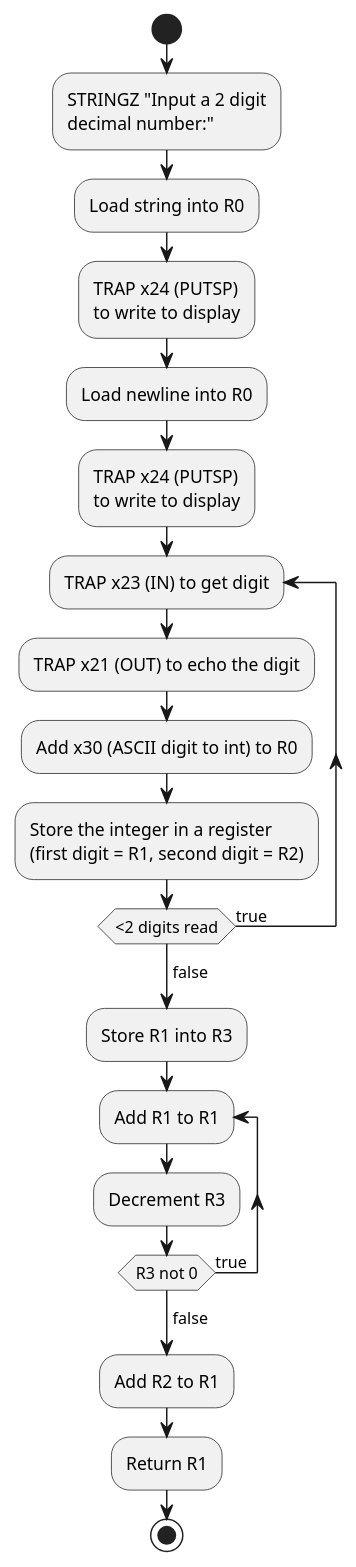
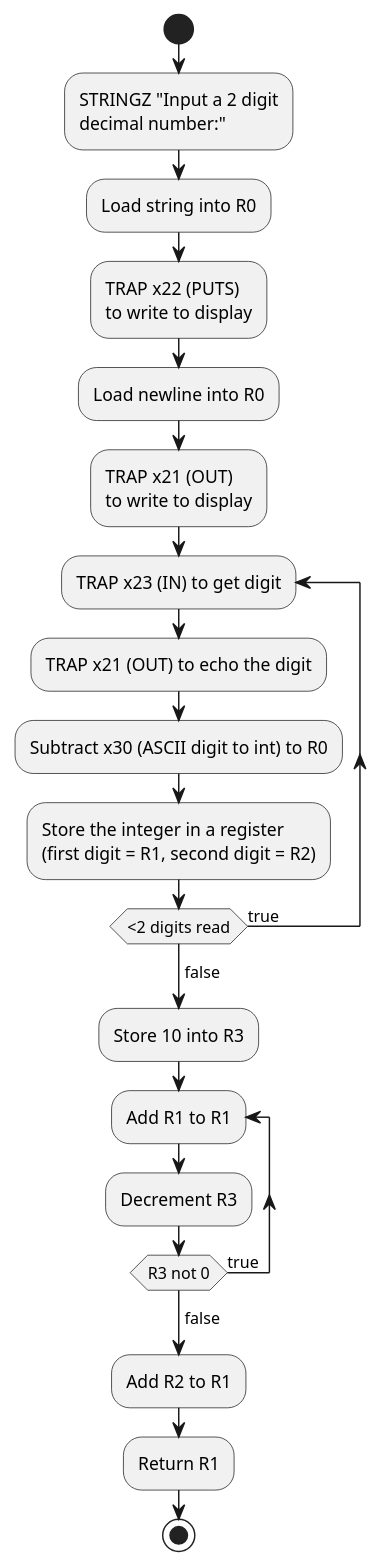
One commit to DTUSoftware/Machine-Oriented-Programming changed the diagram in projects/project_1/assignment_2.puml. Above: the diagram before and after it, drawn with PlantUML.

Commit message:
Updated assignment 2 diagram

```diff
--- a/projects/project_1/assignment_2.puml
+++ b/projects/project_1/assignment_2.puml
@@ -1,30 +1,43 @@
 @startuml
 'https://plantuml.com/activity-diagram-beta
 
 start
     :STRINGZ "Input a 2 digit
     decimal number:";
+
     :Load string into R0;
-    :TRAP x24 (PUTSP)
+
+    :TRAP x22 (PUTS)
     to write to display;
+
     :Load newline into R0;
-    :TRAP x24 (PUTSP)
+
+    :TRAP x21 (OUT)
     to write to display;
+
     repeat :TRAP x23 (IN) to get digit;
         :TRAP x21 (OUT) to echo the digit;
-        :Add x30 (ASCII digit to int) to R0;
+
+        :Subtract x30 (ASCII digit to int) to R0;
+
         :Store the integer in a register
         (first digit = R1, second digit = R2);
+
         repeat while (<2 digits read) is (true);
         -> false;
-    :Store R1 into R3;
+
+    :Store 10 into R3;
+
     repeat :Add R1 to R1;
         :Decrement R3;
+
         repeat while (R3 not 0) is (true);
         -> false;
+
     :Add R2 to R1;
+
     :Return R1;
 stop
 
 
 @enduml
```
